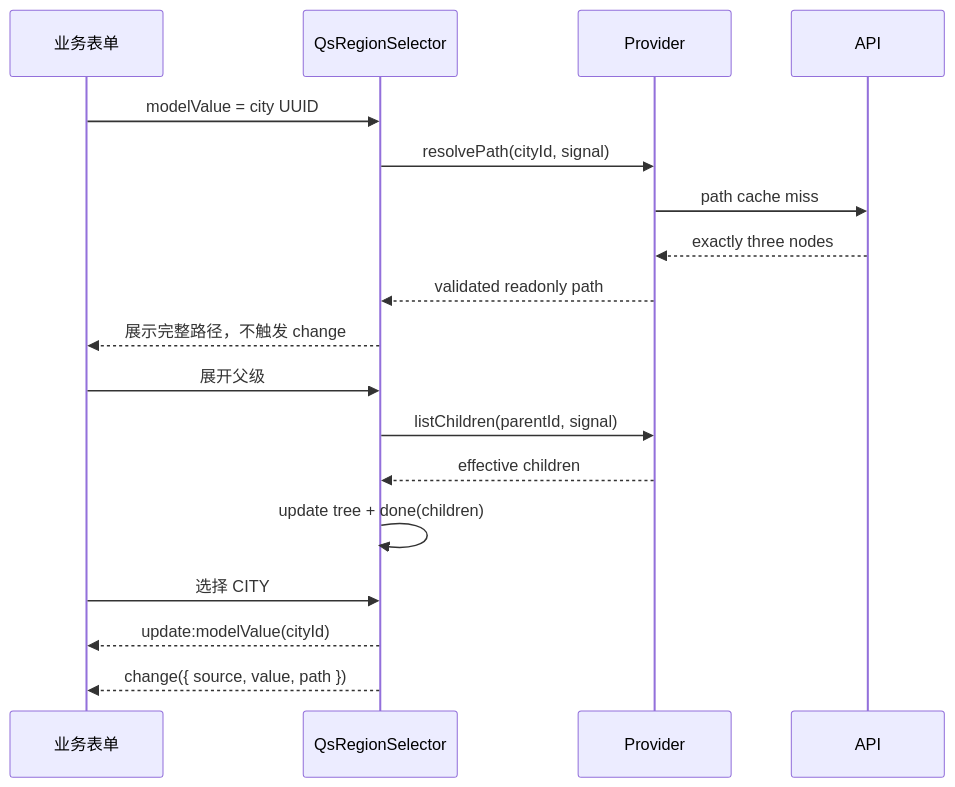
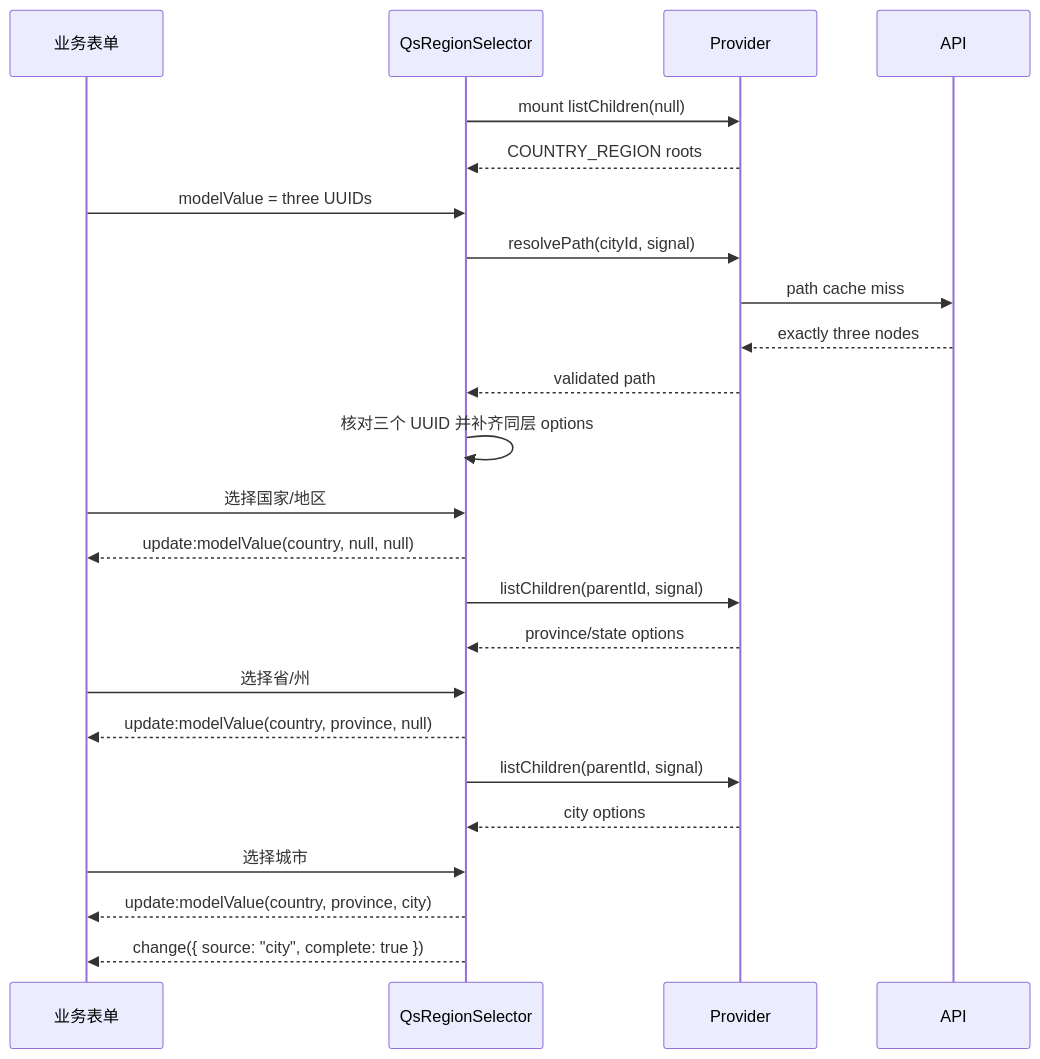
Before and after one commit to SilnoGM/QIANSHU-DMS: the third of 3 diagrams in specs/region-selector-management/design.md, drawn with Mermaid. The commit also changed other lines of this file and 21 other files, not shown here.

````diff
--- a/specs/region-selector-management/design.md
+++ b/specs/region-selector-management/design.md
@@ -982,23 +1015,31 @@
 ```mermaid
 sequenceDiagram
     participant Caller as 业务表单
     participant Selector as QsRegionSelector
     participant Provider
     participant API
 
-    Caller->>Selector: modelValue = city UUID
+    Selector->>Provider: mount listChildren(null)
+    Provider-->>Selector: COUNTRY_REGION roots
+
+    Caller->>Selector: modelValue = three UUIDs
     Selector->>Provider: resolvePath(cityId, signal)
     Provider->>API: path cache miss
     API-->>Provider: exactly three nodes
-    Provider-->>Selector: validated readonly path
-    Selector-->>Caller: 展示完整路径，不触发 change
+    Provider-->>Selector: validated path
+    Selector->>Selector: 核对三个 UUID 并补齐同层 options
 
-    Caller->>Selector: 展开父级
+    Caller->>Selector: 选择国家/地区
+    Selector-->>Caller: update:modelValue(country, null, null)
     Selector->>Provider: listChildren(parentId, signal)
-    Provider-->>Selector: effective children
-    Selector->>Selector: update tree + done(children)
+    Provider-->>Selector: province/state options
 
-    Caller->>Selector: 选择 CITY
-    Selector-->>Caller: update:modelValue(cityId)
-    Selector-->>Caller: change({ source, value, path })
+    Caller->>Selector: 选择省/州
+    Selector-->>Caller: update:modelValue(country, province, null)
+    Selector->>Provider: listChildren(parentId, signal)
+    Provider-->>Selector: city options
+
+    Caller->>Selector: 选择城市
+    Selector-->>Caller: update:modelValue(country, province, city)
+    Selector-->>Caller: change({ source: "city", complete: true })
 ```
````
